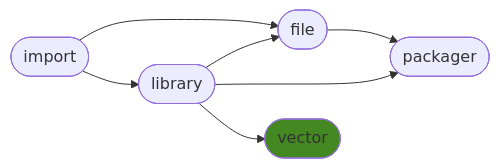
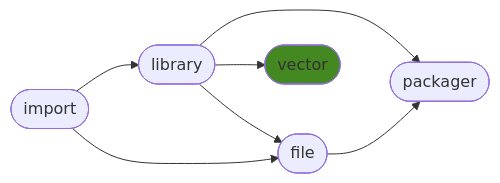
One commit to ManderaGeneral/generalvector changed the diagram in README.md. Above: the diagram before and after it, drawn with Mermaid. The commit also changed other lines of this file and 1 other file, not shown here.

````diff
--- a/README.md
+++ b/README.md
@@ -24,15 +24,15 @@
 ```mermaid
 flowchart LR
-0([import]) --> 2([file])
 1([library]) --> 2([file])
+1([library]) --> 3([vector])
 1([library]) --> 4([packager])
 0([import]) --> 1([library])
 2([file]) --> 4([packager])
-1([library]) --> 3([vector])
+0([import]) --> 2([file])
 click 0 "https://github.com/ManderaGeneral/generalimport"
 click 1 "https://github.com/ManderaGeneral/generallibrary"
 click 2 "https://github.com/ManderaGeneral/generalfile"
 click 3 "https://github.com/ManderaGeneral/generalvector"
 click 4 "https://github.com/ManderaGeneral/generalpackager"
 style 3 fill:#482
 ```
````
